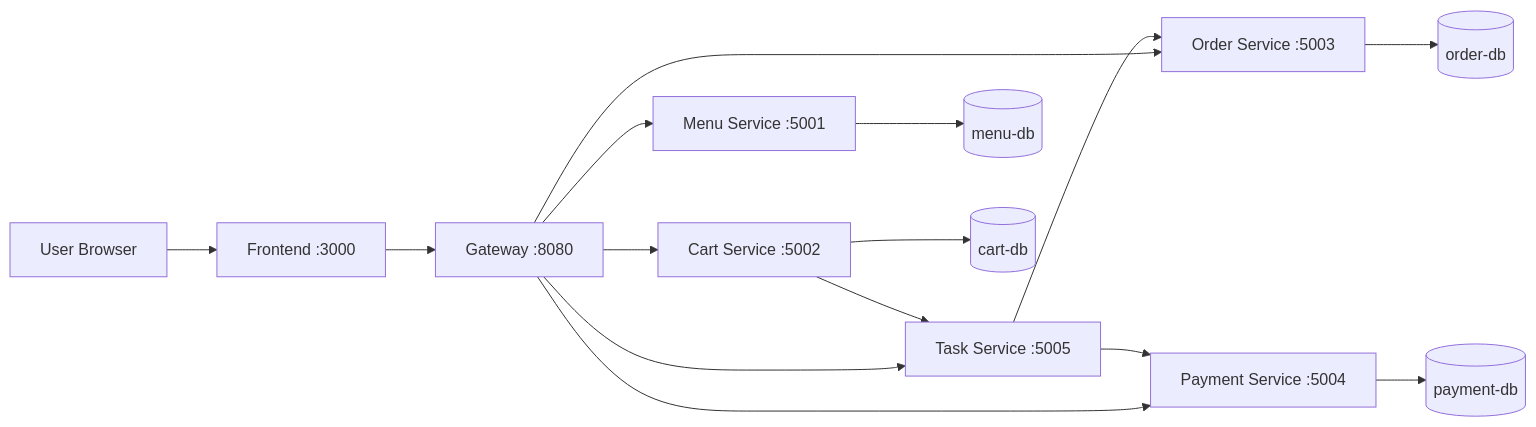
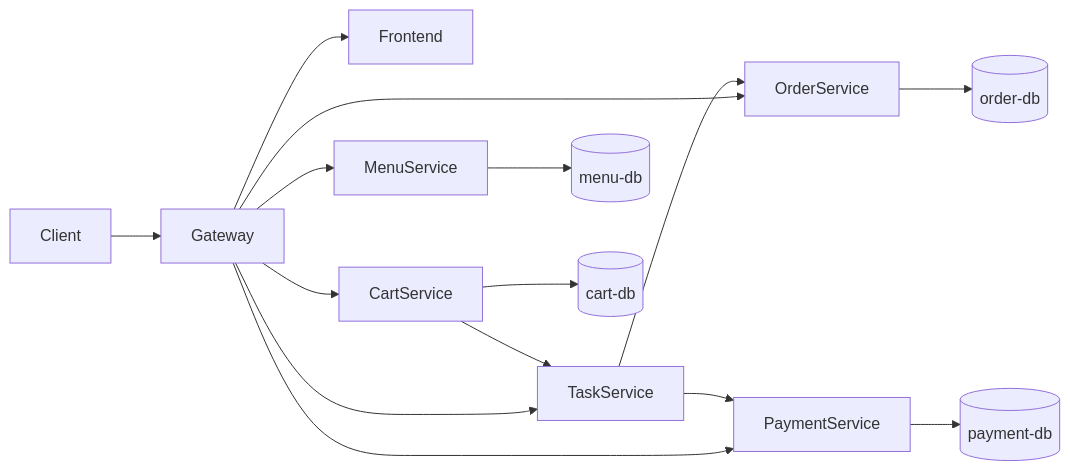
Before and after one commit to Dung1409/mid---proj: the diagram in docs/architecture.md, drawn with Mermaid. The commit also changed other lines of this file and 19 other files, not shown here.

````diff
--- a/docs/architecture.md
+++ b/docs/architecture.md
@@ -46,20 +62,19 @@
 ```mermaid
 flowchart LR
-    User[User Browser] --> FE[Frontend :3000]
-    FE --> GW[Gateway :8080]
+    Client --> Gateway
+    Gateway --> Frontend
+    Gateway --> MenuService
+    Gateway --> CartService
+    Gateway --> OrderService
+    Gateway --> PaymentService
+    Gateway --> TaskService
 
-    GW --> MENU[Menu Service :5001]
-    GW --> CART[Cart Service :5002]
-    GW --> ORDER[Order Service :5003]
-    GW --> PAY[Payment Service :5004]
-    GW --> TASK[Task Service :5005]
+    MenuService --> MenuDB[(menu-db)]
+    CartService --> CartDB[(cart-db)]
+    OrderService --> OrderDB[(order-db)]
+    PaymentService --> PaymentDB[(payment-db)]
 
-    CART --> TASK
-    TASK --> ORDER
-    TASK --> PAY
-
-    MENU --> DB1[(menu-db)]
-    CART --> DB2[(cart-db)]
-    ORDER --> DB3[(order-db)]
-    PAY --> DB4[(payment-db)]
+    CartService --> TaskService
+    TaskService --> OrderService
+    TaskService --> PaymentService
 ```
````
